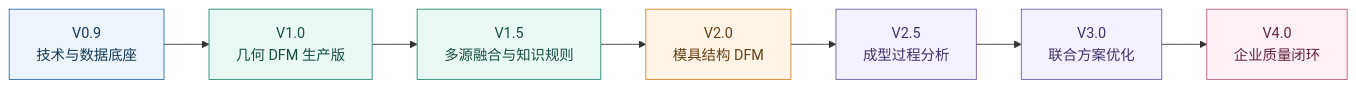
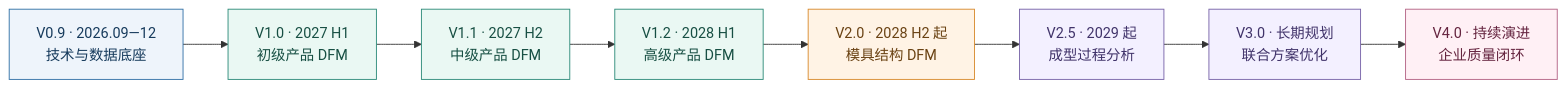
One commit to mongo-hu/hermes-agent changed the diagram in docs/dfm-product-long-term-roadmap.md. Above: the diagram before and after it, drawn with Mermaid. The commit also changed other lines of this file and 1 other file, not shown here.

````diff
--- a/docs/dfm-product-long-term-roadmap.md
+++ b/docs/dfm-product-long-term-roadmap.md
@@ -68,20 +73,21 @@
 ```mermaid
 flowchart LR
-    V09["V0.9<br/>技术与数据底座"] --> V10["V1.0<br/>几何 DFM 生产版"]
-    V10 --> V15["V1.5<br/>多源融合与知识规则"]
-    V15 --> V20["V2.0<br/>模具结构 DFM"]
-    V20 --> V25["V2.5<br/>成型过程分析"]
-    V25 --> V30["V3.0<br/>联合方案优化"]
-    V30 --> V40["V4.0<br/>企业质量闭环"]
+    V09["V0.9 · 2026.09—12<br/>技术与数据底座"] --> V10["V1.0 · 2027 H1<br/>初级产品 DFM"]
+    V10 --> V11["V1.1 · 2027 H2<br/>中级产品 DFM"]
+    V11 --> V12["V1.2 · 2028 H1<br/>高级产品 DFM"]
+    V12 --> V20["V2.0 · 2028 H2 起<br/>模具结构 DFM"]
+    V20 --> V25["V2.5 · 2029 起<br/>成型过程分析"]
+    V25 --> V30["V3.0 · 长期规划<br/>联合方案优化"]
+    V30 --> V40["V4.0 · 持续演进<br/>企业质量闭环"]
 
     classDef base fill:#eef4fb,stroke:#2f6fa5,color:#163a5c;
     classDef geometry fill:#eaf8f3,stroke:#2b8a78,color:#174f43;
     classDef mold fill:#fff3e5,stroke:#d8892b,color:#6a4213;
     classDef simulation fill:#f3f0ff,stroke:#7662a7,color:#40336a;
     classDef enterprise fill:#fff0f5,stroke:#b36183,color:#65243f;
     class V09 base;
-    class V10,V15 geometry;
+    class V10,V11,V12 geometry;
     class V20 mold;
     class V25,V30 simulation;
     class V40 enterprise;
 ```
````
